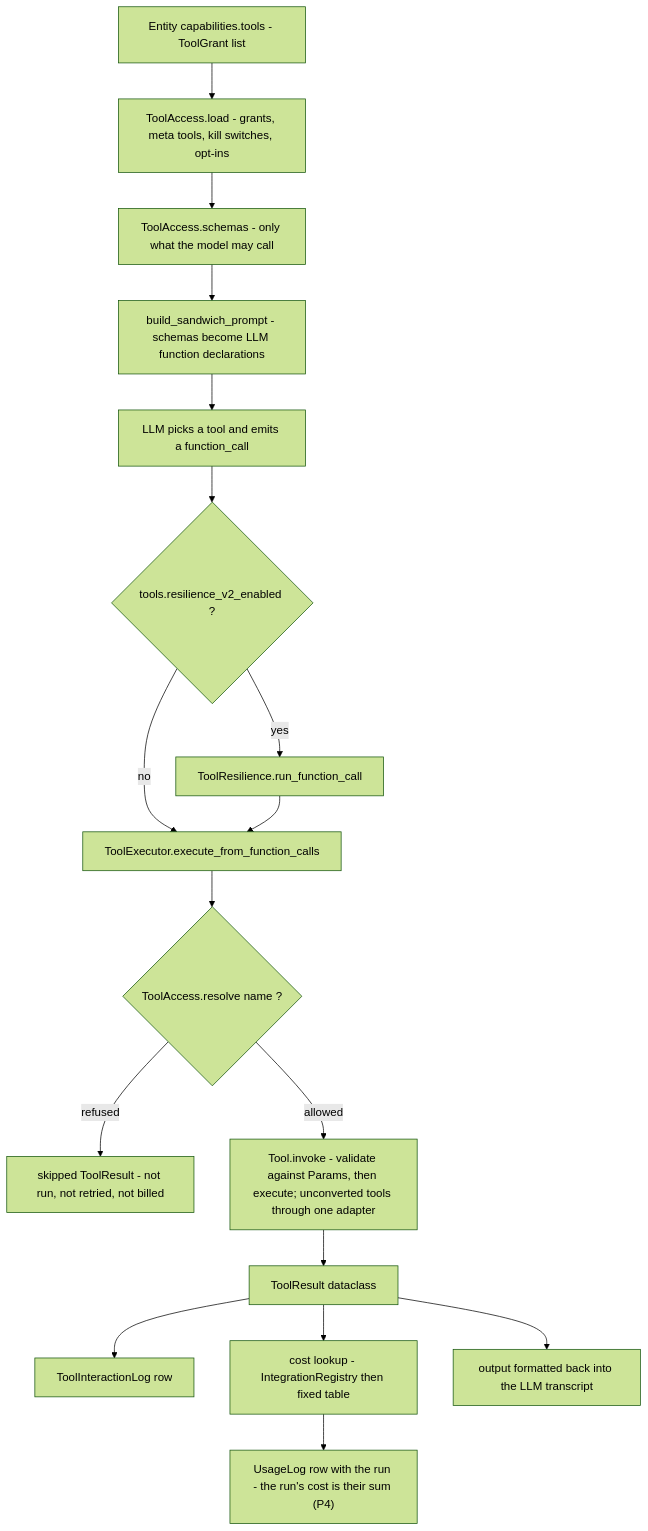
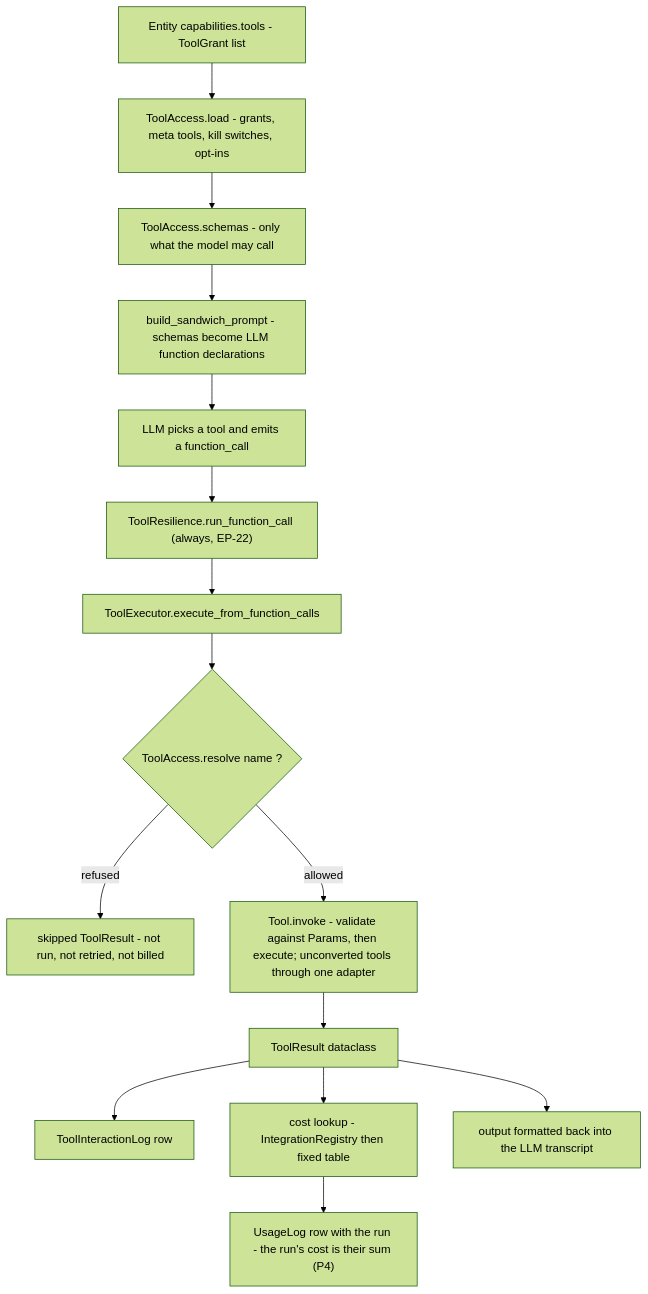
The first of 23 diagrams in docs/current/09-tools.md (gondolerahul/hire-buddha-app), drawn with Mermaid (forest theme) before and after one commit. The commit also changed other lines of this file and 9 other files, not shown here.

First line of the commit message:
fix(tools): one healing ladder for every tool call; the flag that bypassed it is gone (EP-22)

````diff
--- a/docs/current/09-tools.md
+++ b/docs/current/09-tools.md
@@ -58,19 +58,17 @@
 ```mermaid
 flowchart TD
     A["Entity capabilities.tools - ToolGrant list"] --> B["ToolAccess.load - grants, meta tools, kill switches, opt-ins"]
     B --> C["ToolAccess.schemas - only what the model may call"]
     C --> D["build_sandwich_prompt - schemas become LLM function declarations"]
     D --> E["LLM picks a tool and emits a function_call"]
-    E --> F{"tools.resilience_v2_enabled ?"}
-    F -->|yes| G["ToolResilience.run_function_call"]
-    F -->|no| H["ToolExecutor.execute_from_function_calls"]
-    G --> H
+    E --> G["ToolResilience.run_function_call (always, EP-22)"]
+    G --> H["ToolExecutor.execute_from_function_calls"]
     H --> R{"ToolAccess.resolve name ?"}
     R -->|refused| Z["skipped ToolResult - not run, not retried, not billed"]
     R -->|allowed| I["Tool.invoke - validate against Params, then execute; unconverted tools through one adapter"]
     I --> L["ToolResult dataclass"]
     L --> M["ToolInteractionLog row"]
     L --> N["cost lookup - IntegrationRegistry then fixed table"]
     N --> O["UsageLog row with the run - the run's cost is their sum (P4)"]
     L --> P["output formatted back into the LLM transcript"]
 ```
````
